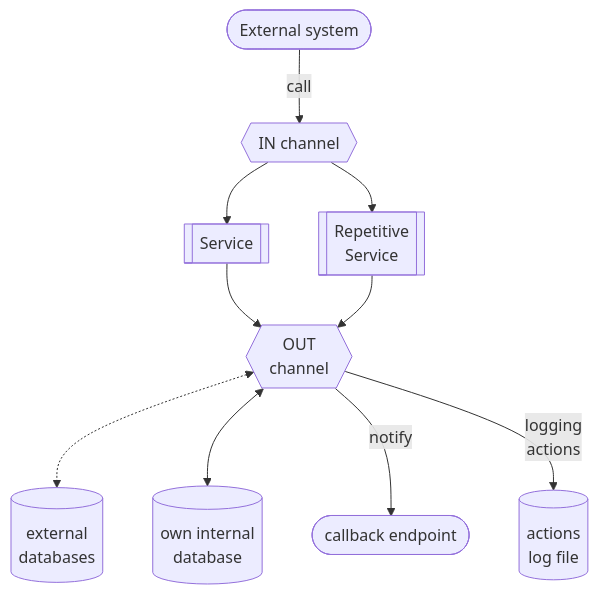
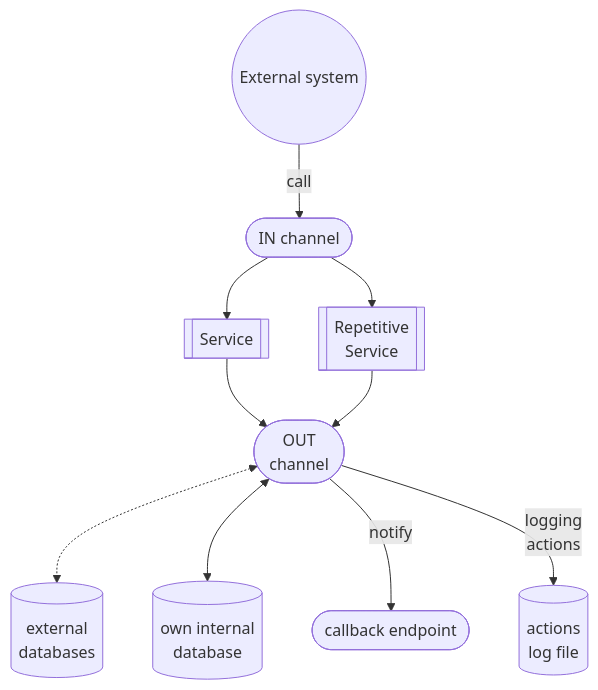
One commit to petre-renware/arint changed the diagram in doc_src/810-DSGN/130.02-Overview.md. Above: the diagram before and after it, drawn with Mermaid. The commit also changed 56 other files, not shown here.

````diff
--- a/doc_src/810-DSGN/130.02-Overview.md
+++ b/doc_src/810-DSGN/130.02-Overview.md
@@ -33,23 +33,23 @@
 ``` mermaid
 graph TD
     SRV[[Service]]
     RSRV[[Repetitive \n Service]]
-    EXT([External system])
-    INCH{{IN channel}}
+    EXT((External system))
+    INCH([IN channel])
     EDB[(external \n databases)]
     IDB[(own internal \n database)]
-    OUTCH{{OUT \n channel}}
+    OUTCH([OUT \n channel])
     CALLBCK([callback endpoint])
     LOGFILE[(actions \n log file)]
 
     EXT -->|call| INCH
     INCH --> SRV
     INCH --> RSRV
     SRV --> OUTCH
     RSRV --> OUTCH
 
     OUTCH <-.-> EDB
     OUTCH <--> IDB
     OUTCH --> |notify| CALLBCK
     OUTCH --> |logging \n actions| LOGFILE
 ```
````
